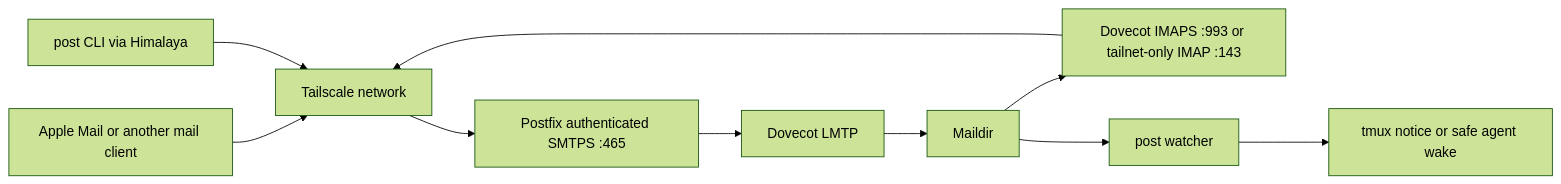
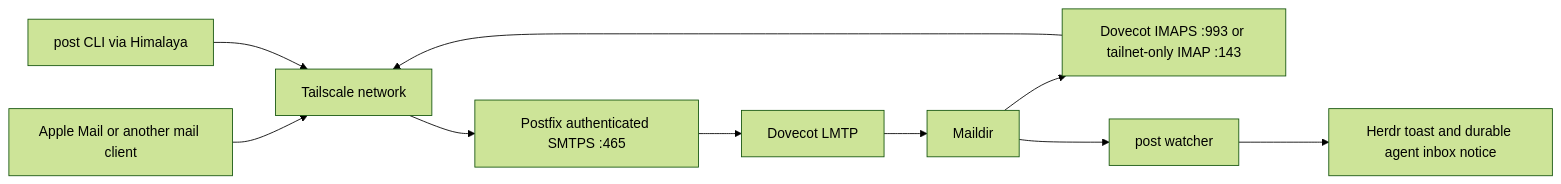
Before and after one commit to pmarreck/unix_mail_redux: the diagram in docs/ARCHITECTURE_AND_OPERATIONS.md, drawn with Mermaid (forest theme). The commit also changed other lines of this file and 21 other files, not shown here.

Commit message:
Bridge project email into Herdr and application inbox monitors

````diff
--- a/docs/ARCHITECTURE_AND_OPERATIONS.md
+++ b/docs/ARCHITECTURE_AND_OPERATIONS.md
@@ -29,18 +29,18 @@
 ```mermaid
 flowchart LR
 	H[Apple Mail or another mail client]
 	P[post CLI via Himalaya]
 	T[Tailscale network]
 	S[Postfix authenticated SMTPS :465]
 	L[Dovecot LMTP]
 	M[Maildir]
 	I[Dovecot IMAPS :993 or tailnet-only IMAP :143]
 	W[post watcher]
-	N[tmux notice or safe agent wake]
+	N[Herdr toast and durable agent inbox notice]
 
 	H --> T
 	P --> T
 	T --> S --> L --> M
 	M --> I --> T
 	M --> W --> N
 ```
````
